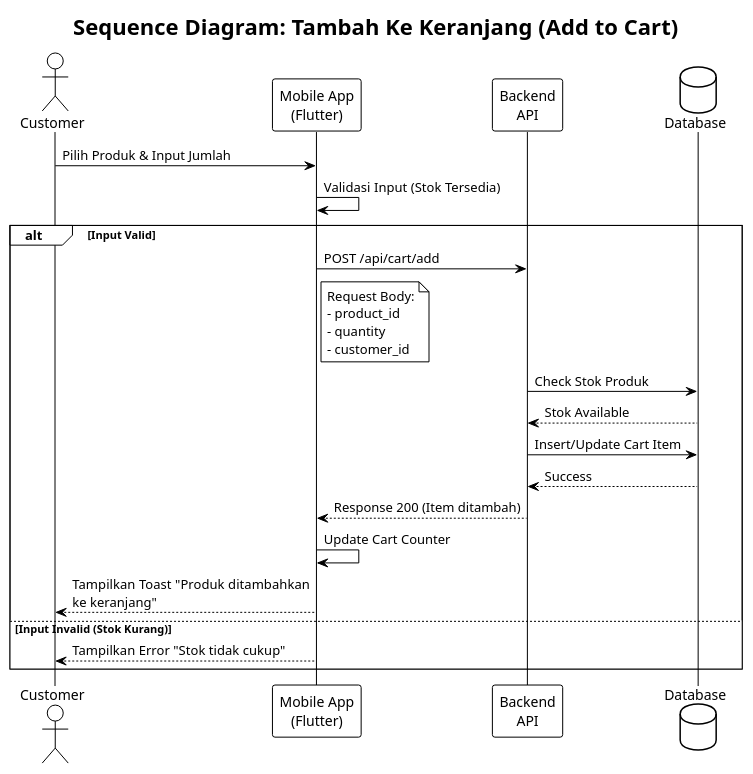
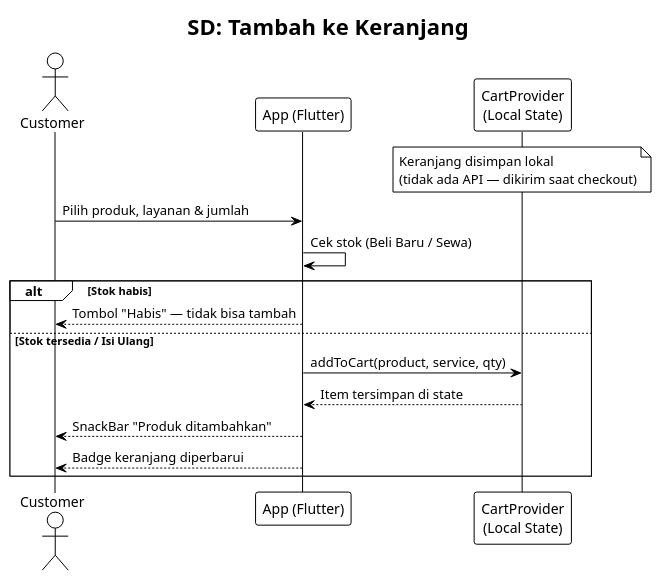
The diagram in diagrams/02_tambah_ke_keranjang_sequence.puml (IlhamMaulana13/Project3-SitemApkOrderGalon), drawn with PlantUML before and after one commit. The commit also changed 47 other files, not shown here.

First line of the commit message:
feat(diagrams): add activity and class diagrams for kasir and backend structures

```diff
--- a/diagrams/02_tambah_ke_keranjang_sequence.puml
+++ b/diagrams/02_tambah_ke_keranjang_sequence.puml
@@ -1,31 +1,22 @@
 @startuml Tambah_Ke_Keranjang
 !theme plain
-title Sequence Diagram: Tambah Ke Keranjang (Add to Cart)
+title SD: Tambah ke Keranjang
 actor Customer
-participant "Mobile App\n(Flutter)" as App
-participant "Backend\nAPI" as API
-database "Database" as DB
+participant "App (Flutter)" as App
+participant "CartProvider\n(Local State)" as Cart
 
-Customer -> App: Pilih Produk & Input Jumlah
-App -> App: Validasi Input (Stok Tersedia)
+note over Cart: Keranjang disimpan lokal\n(tidak ada API — dikirim saat checkout)
 
-alt Input Valid
-    App -> API: POST /api/cart/add
-    note right of App
-        Request Body:
-        - product_id
-        - quantity
-        - customer_id
-    end note
-    API -> DB: Check Stok Produk
-    DB --> API: Stok Available
-    API -> DB: Insert/Update Cart Item
-    DB --> API: Success
-    API --> App: Response 200 (Item ditambah)
-    App -> App: Update Cart Counter
-    App --> Customer: Tampilkan Toast "Produk ditambahkan\nke keranjang"
-else Input Invalid (Stok Kurang)
-    App --> Customer: Tampilkan Error "Stok tidak cukup"
+Customer -> App: Pilih produk, layanan & jumlah
+App -> App: Cek stok (Beli Baru / Sewa)
+
+alt Stok habis
+    App --> Customer: Tombol "Habis" — tidak bisa tambah
+else Stok tersedia / Isi Ulang
+    App -> Cart: addToCart(product, service, qty)
+    Cart --> App: Item tersimpan di state
+    App --> Customer: SnackBar "Produk ditambahkan"
+    App --> Customer: Badge keranjang diperbarui
 end
 
 @enduml
```
